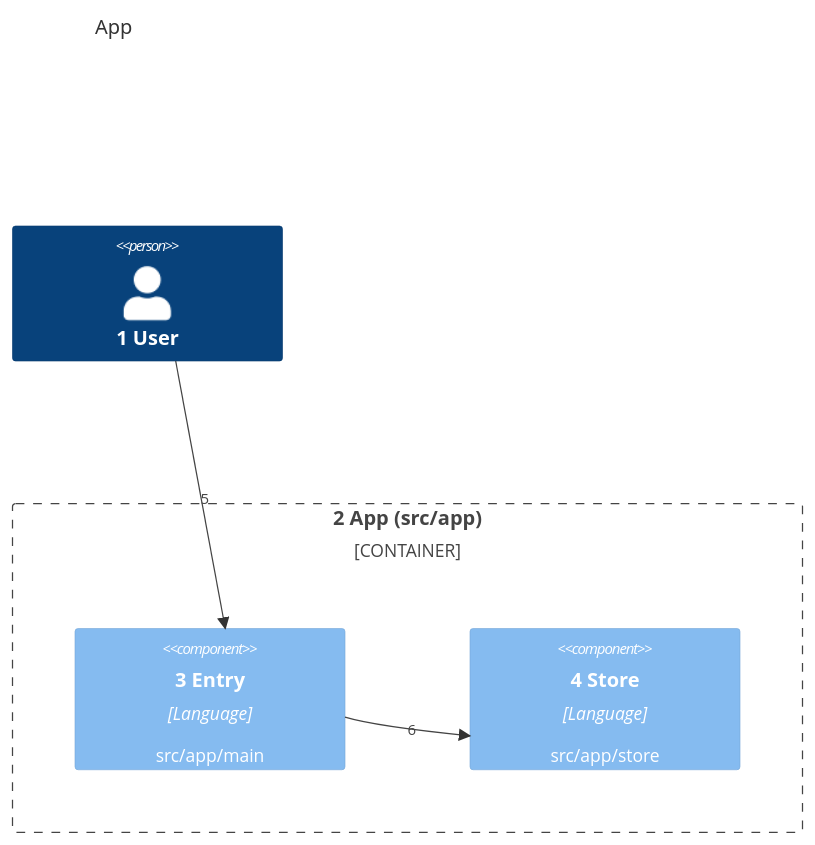
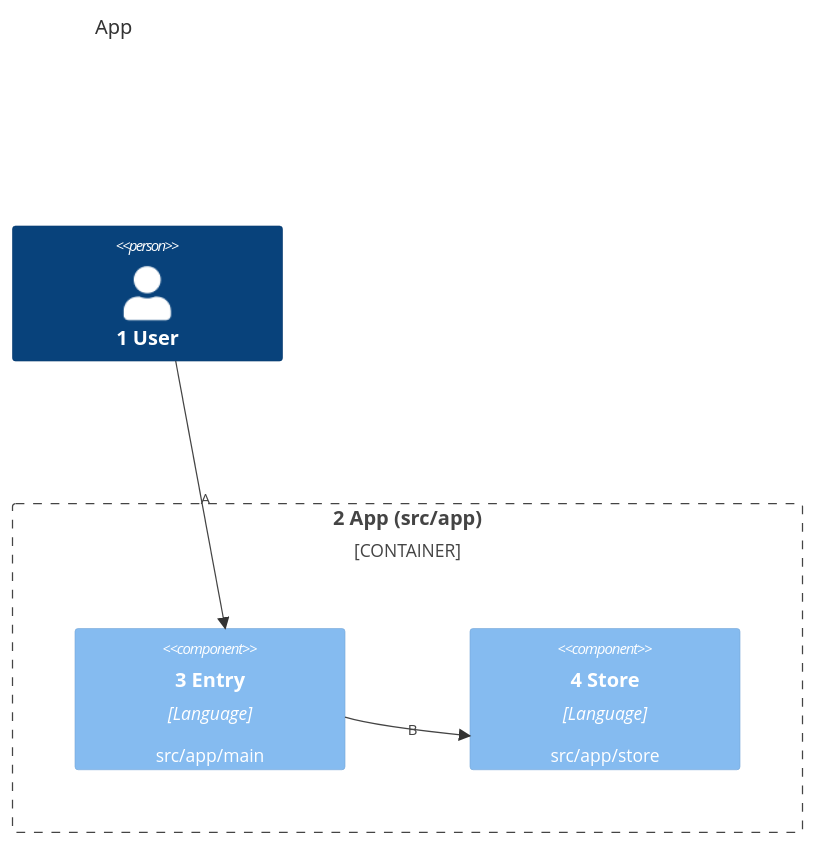
One commit to may-journal/fitness-runner changed the first of 2 diagrams in docs/architecture/templates/03-components.md. Above: the diagram before and after it, drawn with Mermaid. The commit also changed other lines of this file and 28 other files, not shown here.

First line of the commit message:
feat(mermaid-callouts): label connectors with letter callouts (#584)

````diff
--- a/docs/architecture/templates/03-components.md
+++ b/docs/architecture/templates/03-components.md
@@ -9,14 +9,14 @@
 ```mermaid
 C4Component
     title App
 
     Person(user, "1 User")
 
     Container_Boundary(app, "2 App (src/app)") {
         Component(entry, "3 Entry", "Language", "src/app/main")
         Component(store, "4 Store", "Language", "src/app/store")
     }
 
-    Rel(user, entry, "5")
-    Rel(entry, store, "6")
+    Rel(user, entry, "A")
+    Rel(entry, store, "B")
 ```
````
